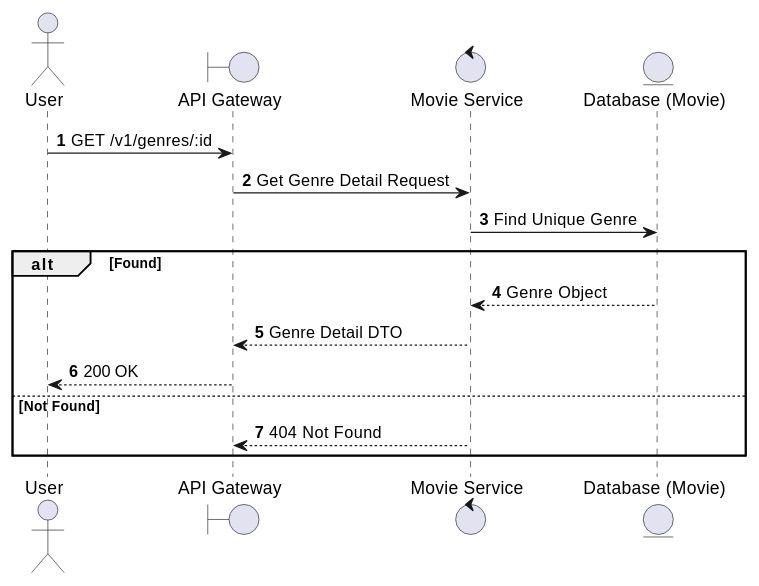
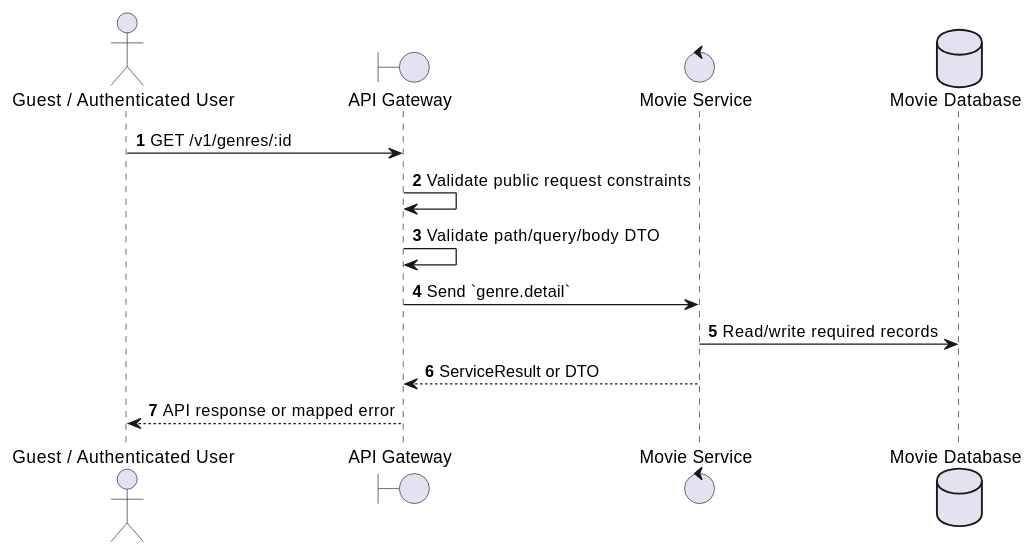
Before and after one commit to Tanh1603/movie-hub-architecture: the first of 2 diagrams in docs/functional_specs/3.3.3_Genre_Management/GM-02_Get_Genre_by_ID.md, drawn with PlantUML. The commit also changed other lines of this file and 126 other files, not shown here.

````diff
--- a/docs/functional_specs/3.3.3_Genre_Management/GM-02_Get_Genre_by_ID.md
+++ b/docs/functional_specs/3.3.3_Genre_Management/GM-02_Get_Genre_by_ID.md
@@ -17,20 +17,17 @@
 ```plantuml
 @startuml
 autonumber
-actor User
+actor "Guest / Authenticated User" as Actor
 boundary "API Gateway" as GW
-control "Movie Service" as MS
-entity "Database (Movie)" as DB
+control "Movie Service" as SVC
+database "Movie Database" as DB
 
-User -> GW: GET /v1/genres/:id
-GW -> MS: Get Genre Detail Request
-MS -> DB: Find Unique Genre
-alt Found
-    DB --> MS: Genre Object
-    MS --> GW: Genre Detail DTO
-    GW --> User: 200 OK
-else Not Found
-    MS --> GW: 404 Not Found
-end
+Actor -> GW: GET /v1/genres/:id
+GW -> GW: Validate public request constraints
+GW -> GW: Validate path/query/body DTO
+GW -> SVC: Send `genre.detail`
+SVC -> DB: Read/write required records
+SVC --> GW: ServiceResult or DTO
+GW --> Actor: API response or mapped error
 @enduml
 ```
````
